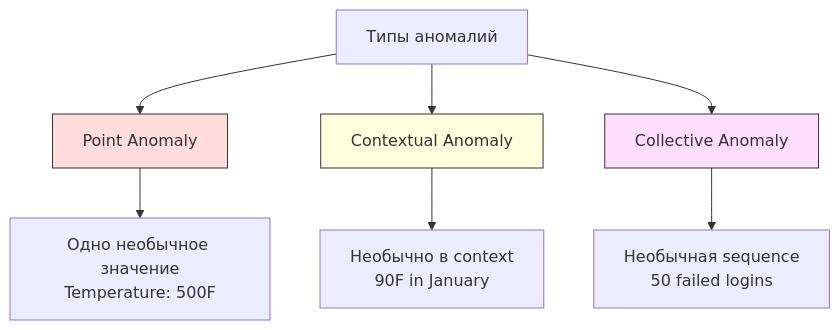
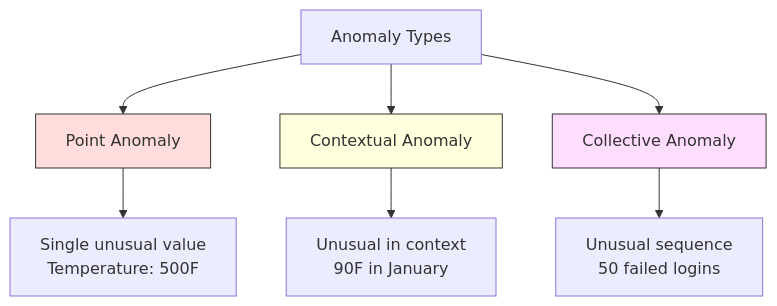
The first of 3 diagrams in phases/02-ml-fundamentals/16-anomaly-detection/docs/ru.md (stabuev/ai-engineering-from-scratch), drawn with Mermaid before and after one commit. The commit also changed other lines of this file and 182 other files, not shown here.

````diff
--- a/phases/02-ml-fundamentals/16-anomaly-detection/docs/ru.md
+++ b/phases/02-ml-fundamentals/16-anomaly-detection/docs/ru.md
@@ -39,14 +39,14 @@
 ```mermaid
 flowchart TD
-    A[Типы аномалий] --> B[Point Anomaly]
+    A[Anomaly Types] --> B[Point Anomaly]
     A --> C[Contextual Anomaly]
     A --> D[Collective Anomaly]
 
-    B --> B1["Одно необычное значение<br/>Temperature: 500F"]
-    C --> C1["Необычно в context<br/>90F in January"]
-    D --> D1["Необычная sequence<br/>50 failed logins"]
+    B --> B1["Single unusual value<br/>Temperature: 500F"]
+    C --> C1["Unusual in context<br/>90F in January"]
+    D --> D1["Unusual sequence<br/>50 failed logins"]
 
     style B fill:#fdd,stroke:#333
     style C fill:#ffd,stroke:#333
     style D fill:#fdf,stroke:#333
 ```
````
